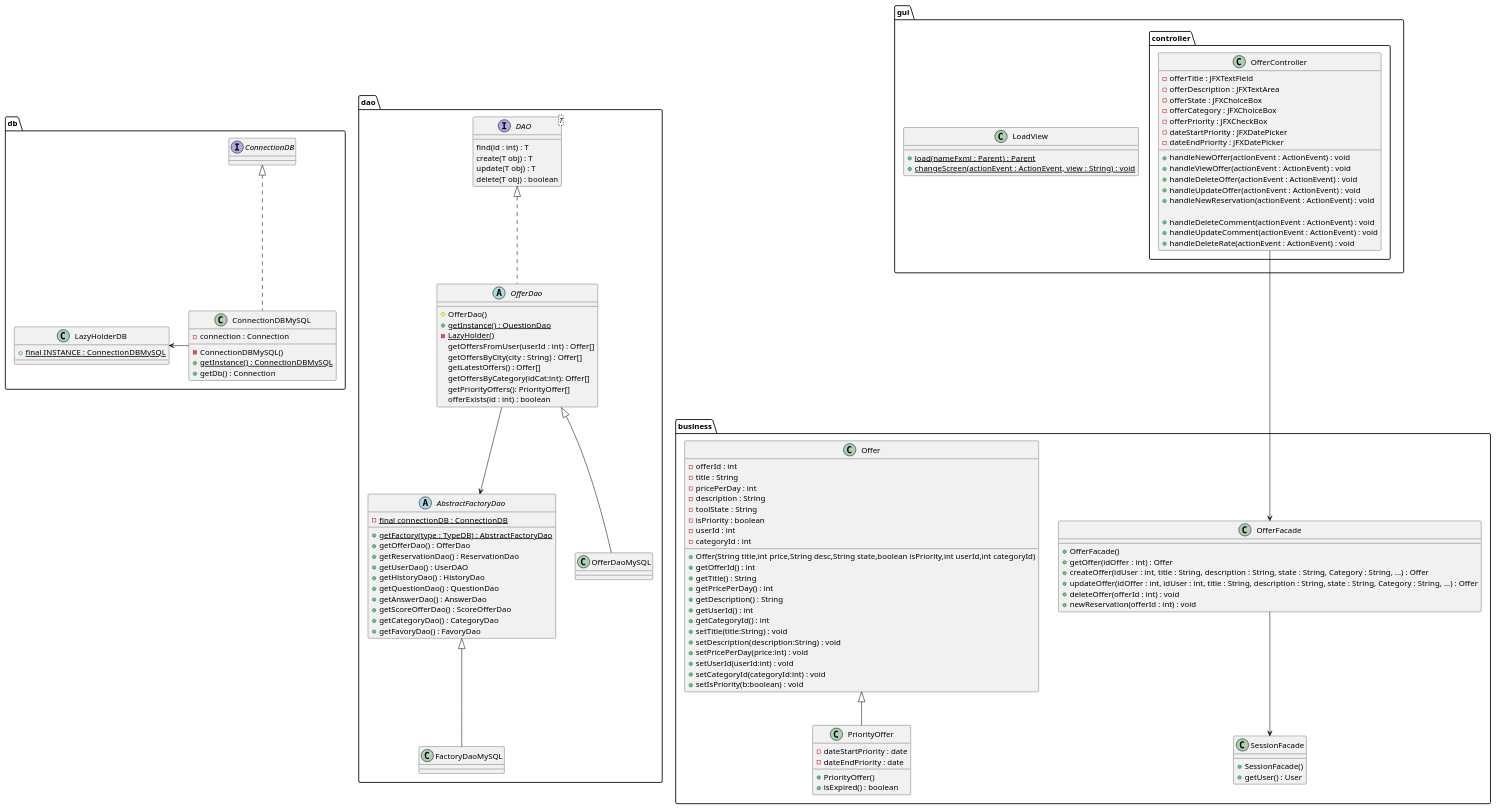
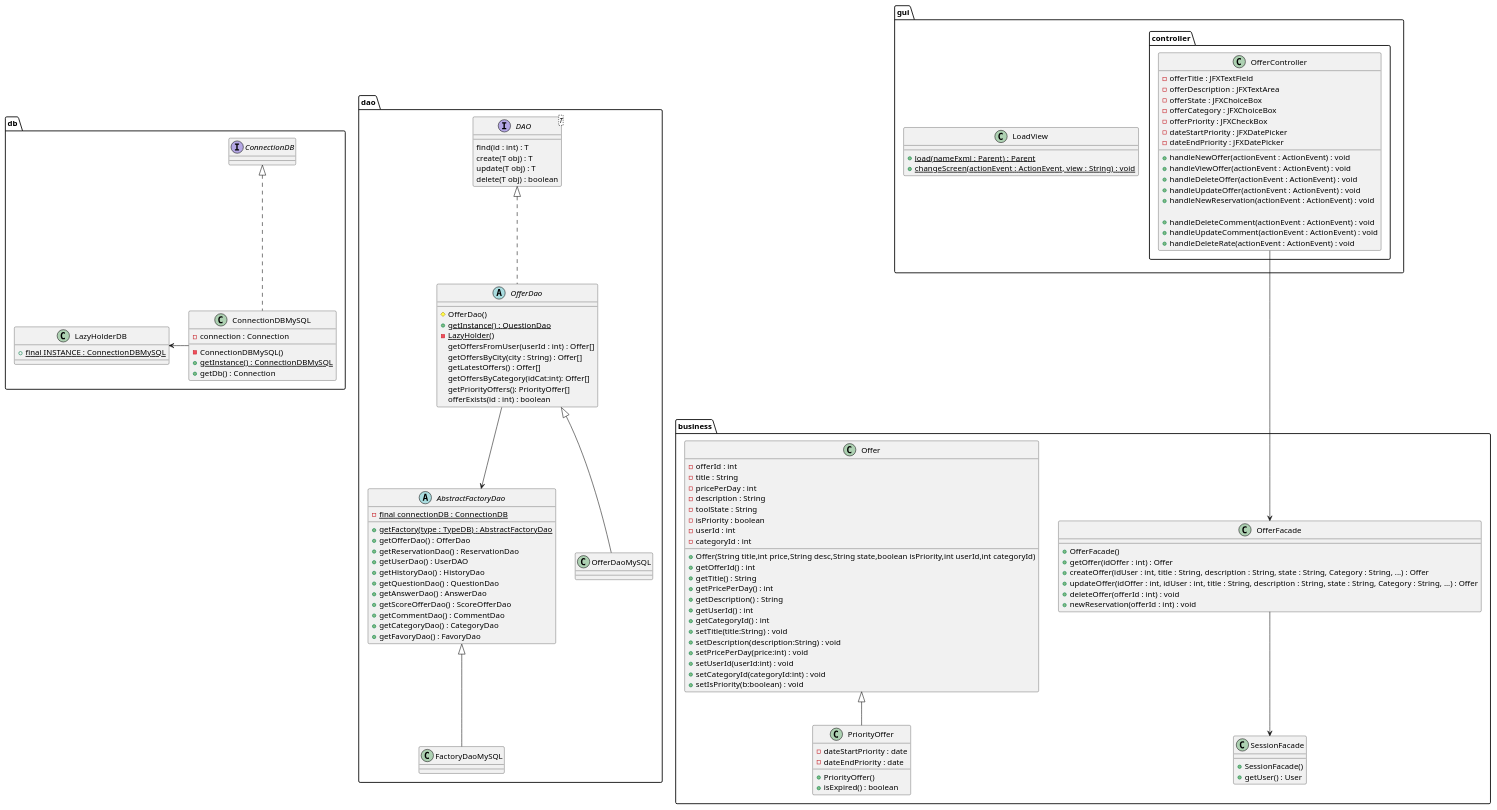
The diagram in documents/diagram/offer/offerClass.puml (LaunoisRemy/ToolShare), drawn with PlantUML before and after one commit. The commit also changed 14 other files, not shown here.

```diff
--- a/documents/diagram/offer/offerClass.puml
+++ b/documents/diagram/offer/offerClass.puml
@@ -1,151 +1,152 @@
 @startuml
 
 package dao {
 
 
     abstract OfferDao{
         # OfferDao()
         + {static} getInstance() : QuestionDao
         - {static} LazyHolder()
         getOffersFromUser(userId : int) : Offer[]
         getOffersByCity(city : String) : Offer[]
         getLatestOffers() : Offer[]
         getOffersByCategory(idCat:int): Offer[]
         getPriorityOffers(): PriorityOffer[]
         offerExists(id : int) : boolean
     }
     class OfferDaoMySQL
     FactoryDaoMySQL -up-|> AbstractFactoryDao
     OfferDaoMySQL -up-|> OfferDao
 
 
     interface DAO<T>{
         find(id : int) : T
         create(T obj) : T
         update(T obj) : T
         delete(T obj) : boolean
     }
 
     abstract AbstractFactoryDao{
         - {static} final connectionDB : ConnectionDB
         + {static} getFactory(type : TypeDB) : AbstractFactoryDao
         + getOfferDao() : OfferDao
         + getReservationDao() : ReservationDao
         + getUserDao() : UserDAO
         + getHistoryDao() : HistoryDao
         + getQuestionDao() : QuestionDao
         + getAnswerDao() : AnswerDao
         + getScoreOfferDao() : ScoreOfferDao
+        + getCommentDao() : CommentDao
         + getCategoryDao() : CategoryDao
         + getFavoryDao() : FavoryDao
     }
 
     class FactoryDaoMySQL{
     }
 
 
     DAO <|.. OfferDao
     OfferDao-->AbstractFactoryDao
 }
 package db{
     class ConnectionDBMySQL{
         - connection : Connection
         - ConnectionDBMySQL()
         + {static} getInstance() : ConnectionDBMySQL
         + getDb() : Connection
     }
 
     class LazyHolderDB{
         + {static} final INSTANCE : ConnectionDBMySQL
     }
     interface ConnectionDB
     ConnectionDBMySQL -Left-> LazyHolderDB
     ConnectionDBMySQL .up.|> ConnectionDB
 
 }
 package business{
     class SessionFacade{
         + SessionFacade()
         + getUser() : User
     }
 
     class Offer{
         -offerId : int
         -title : String
         -pricePerDay : int
         -description : String
         -toolState : String
         -isPriority : boolean
         -userId : int
         -categoryId : int
         + Offer(String title,int price,String desc,String state,boolean isPriority,int userId,int categoryId)
         + getOfferId() : int
         + getTitle() : String
         + getPricePerDay() : int
         + getDescription() : String
         + getUserId() : int
         + getCategoryId() : int
         + setTitle(title:String) : void
         + setDescription(description:String) : void
         + setPricePerDay(price:int) : void
         + setUserId(userId:int) : void
         + setCategoryId(categoryId:int) : void
         + setIsPriority(b:boolean) : void
     }
 
     class PriorityOffer{
         -dateStartPriority : date
         -dateEndPriority : date
         +PriorityOffer()
         +isExpired() : boolean
     }
     class OfferFacade{
         + OfferFacade()
         + getOffer(idOffer : int) : Offer
         + createOffer(idUser : int, title : String, description : String, state : String, Category : String, ...) : Offer
         + updateOffer(idOffer : int, idUser : int, title : String, description : String, state : String, Category : String, ...) : Offer
         + deleteOffer(offerId : int) : void
         + newReservation(offerId : int) : void
     }
 
         Offer <|-- PriorityOffer
 
 
 }
 
 package gui{
 
     class LoadView{
         + {static} load(nameFxml : Parent) : Parent
         + {static} changeScreen(actionEvent : ActionEvent, view : String) : void
     }
 
     package controller{
         class OfferController{
             -offerTitle : JFXTextField
             -offerDescription : JFXTextArea
             -offerState : JFXChoiceBox
             -offerCategory : JFXChoiceBox
             -offerPriority : JFXCheckBox
             -dateStartPriority : JFXDatePicker
             -dateEndPriority : JFXDatePicker
             + handleNewOffer(actionEvent : ActionEvent) : void
             + handleViewOffer(actionEvent : ActionEvent) : void
             + handleDeleteOffer(actionEvent : ActionEvent) : void
             + handleUpdateOffer(actionEvent : ActionEvent) : void
             + handleNewReservation(actionEvent : ActionEvent) : void
 
             + handleDeleteComment(actionEvent : ActionEvent) : void
             + handleUpdateComment(actionEvent : ActionEvent) : void
             + handleDeleteRate(actionEvent : ActionEvent) : void
 
         }
 
     }
 }
 OfferFacade <--Up- OfferController
 SessionFacade <-Up- OfferFacade
 
 
 
 @enduml
```
